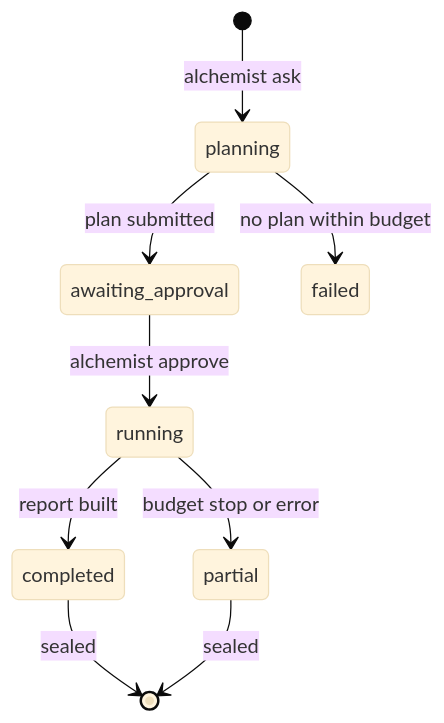
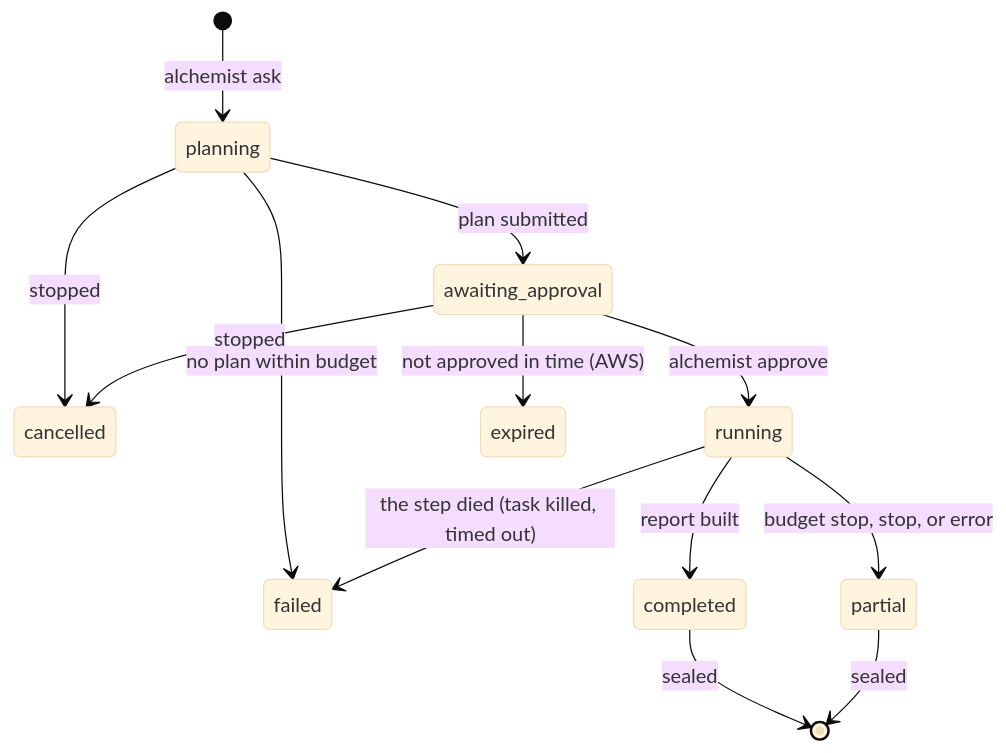
One commit to kausalflow/alchemist changed the diagram in docs/concepts/runs.md. Above: the diagram before and after it, drawn with Mermaid (base theme). The commit also changed other lines of this file and 17 other files, not shown here.

````diff
--- a/docs/concepts/runs.md
+++ b/docs/concepts/runs.md
@@ -6,11 +6,15 @@
 ```mermaid
 stateDiagram-v2
     [*] --> planning: alchemist ask
     planning --> awaiting_approval: plan submitted
     planning --> failed: no plan within budget
+    planning --> cancelled: stopped
     awaiting_approval --> running: alchemist approve
+    awaiting_approval --> cancelled: stopped
+    awaiting_approval --> expired: not approved in time (AWS)
     running --> completed: report built
-    running --> partial: budget stop or error
+    running --> partial: budget stop, stop, or error
+    running --> failed: the step died (task killed, timed out)
     completed --> [*]: sealed
     partial --> [*]: sealed
 ```
````
